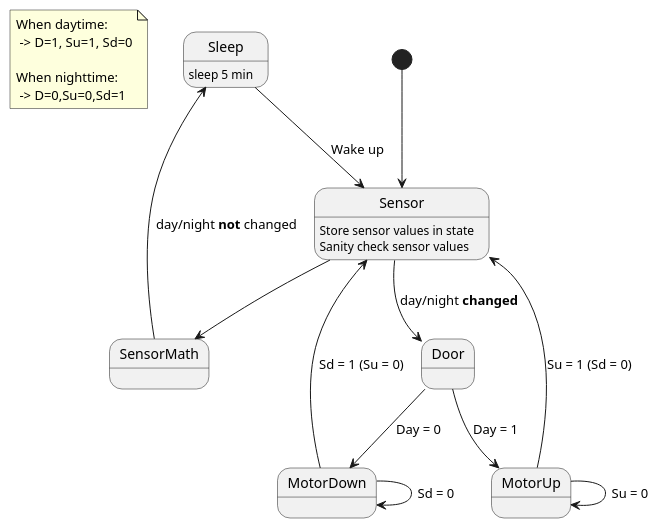
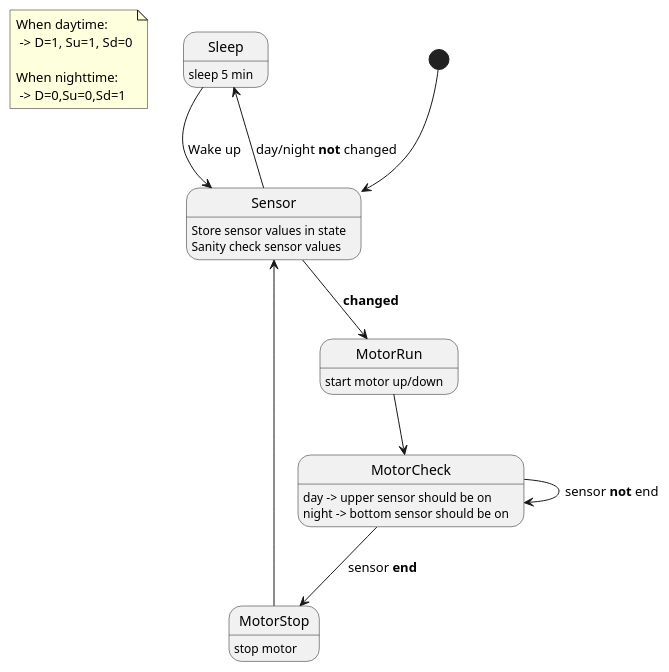
The diagram in fsm.pu (WouterThys/SafeChicks), drawn with PlantUML before and after one commit. The commit also changed 6 other files, not shown here.

```diff
--- a/fsm.pu
+++ b/fsm.pu
@@ -1,27 +1,27 @@
 @startuml FSM
 
 note "When daytime:\n -> D=1, Su=1, Sd=0\n\nWhen nighttime:\n -> D=0,Su=0,Sd=1" as N1
 
-
-
 Sleep : sleep 5 min
+MotorStop : stop motor
+MotorRun : start motor up/down
+MotorCheck : day -> upper sensor should be on
+MotorCheck : night -> bottom sensor should be on
 
 [*] --> Sensor
 Sensor : Store sensor values in state
 Sensor : Sanity check sensor values
 
-Sensor --> SensorMath
-SensorMath --> Sleep : day/night **not** changed
+Sensor --> Sleep : day/night **not** changed
 Sleep --> Sensor : Wake up
-Sensor --> Door : day/night **changed**
+Sensor --> MotorRun : **changed**
 
-Door --> MotorUp : Day = 1
-MotorUp --> MotorUp : Su = 0
-MotorUp --> Sensor : Su = 1 (Sd = 0)
+MotorRun --> MotorCheck
 
-Door --> MotorDown : Day = 0
-MotorDown --> MotorDown : Sd = 0
-MotorDown --> Sensor : Sd = 1 (Su = 0)
+MotorCheck --> MotorCheck : sensor **not** end
+MotorCheck --> MotorStop : sensor **end**
+
+MotorStop --> Sensor
 
 		
 @enduml
```
